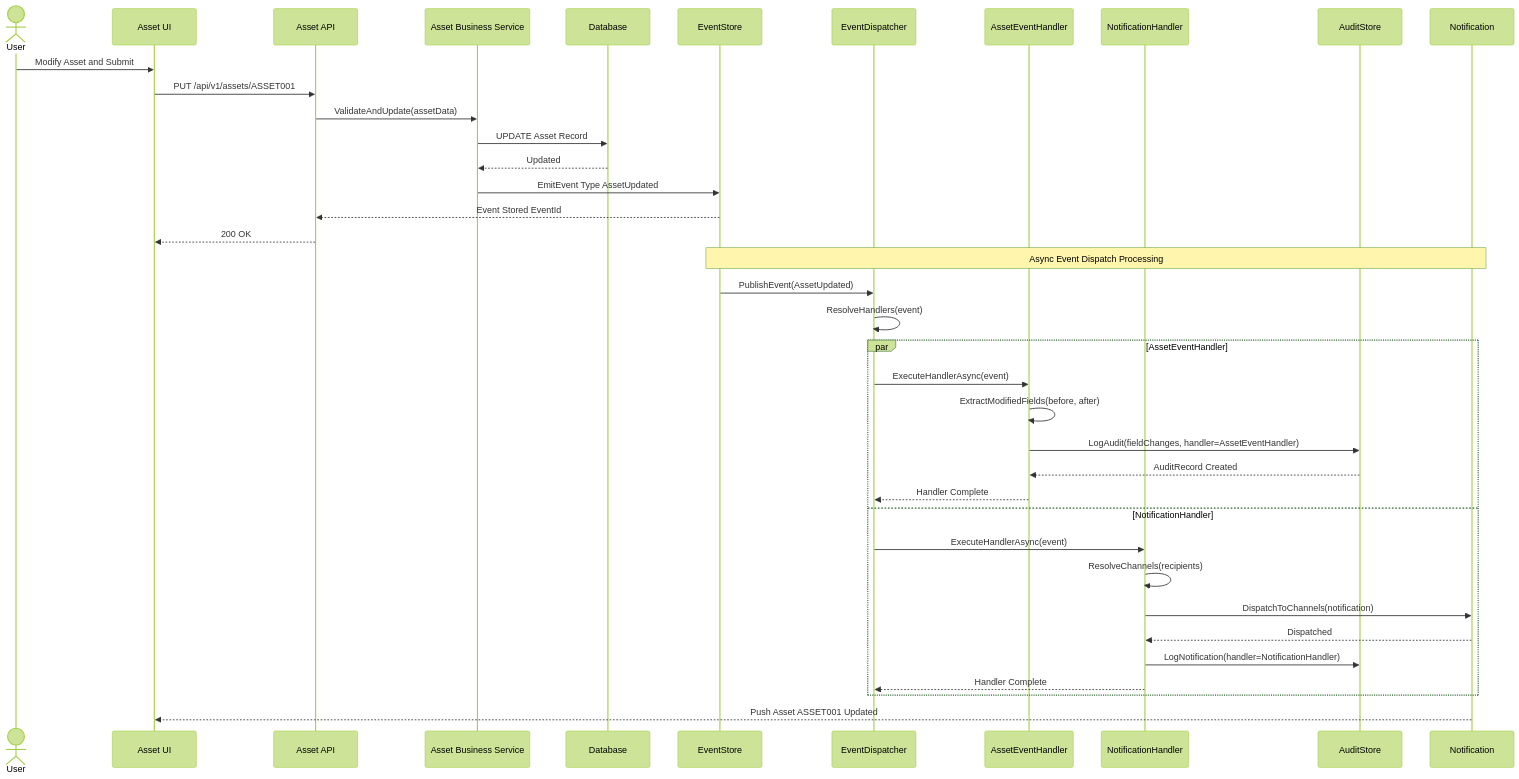
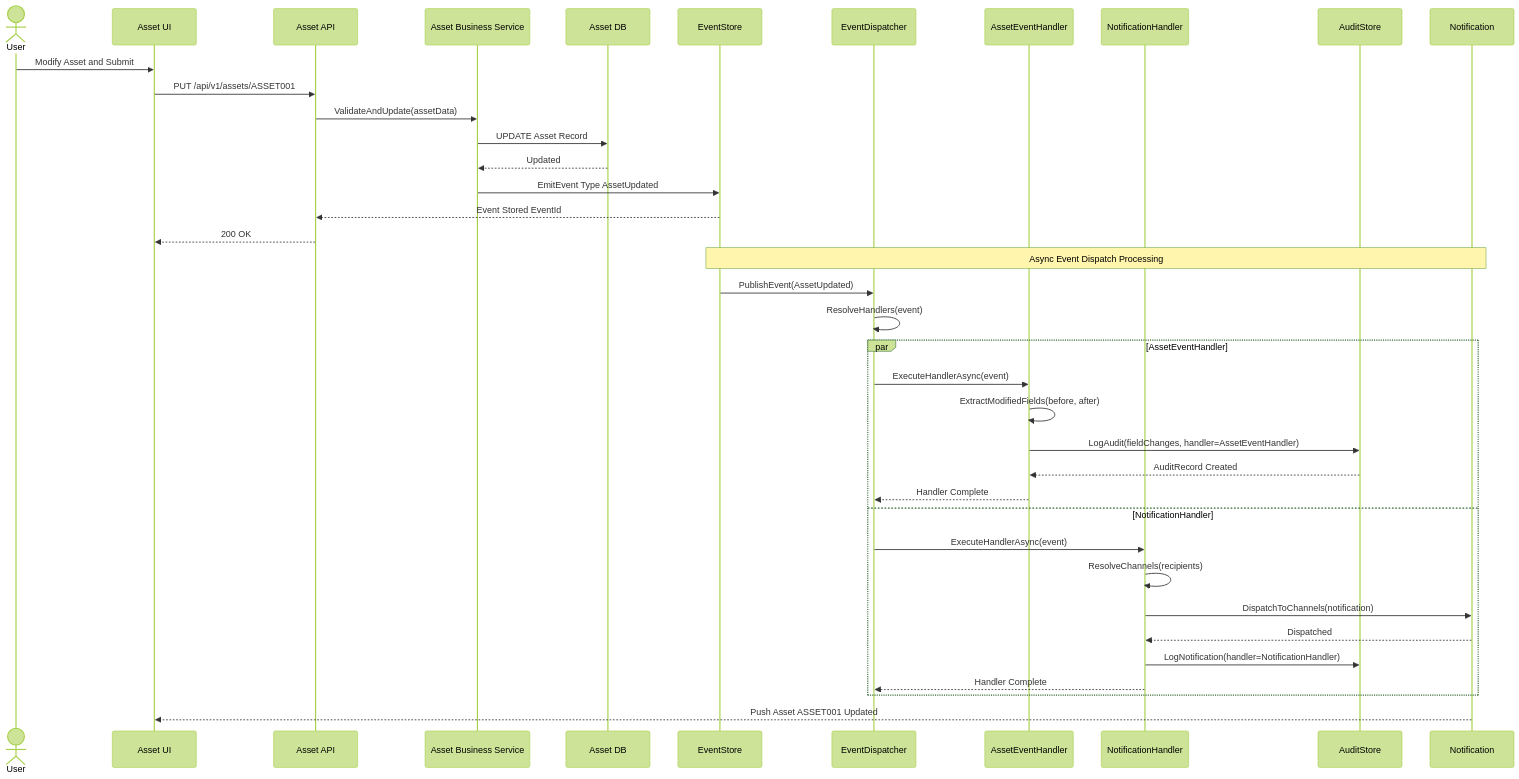
Before and after one commit to arup-ghosh-maersk/cia-lld: the second of 7 diagrams in asset-management/diagrams/02_Sequence_Diagrams.md, drawn with Mermaid (forest theme). The commit also changed other lines of this file, not shown here.

````diff
--- a/asset-management/diagrams/02_Sequence_Diagrams.md
+++ b/asset-management/diagrams/02_Sequence_Diagrams.md
@@ -49,44 +49,44 @@
 ```mermaid
 sequenceDiagram
     actor User
     participant UI as Asset UI
     participant API as Asset API
     participant AB as Asset Business Service
-    participant DB as Database
+    participant DB as Asset DB
     participant ES as EventStore
     participant ED as EventDispatcher
     participant AEH as AssetEventHandler
     participant NH as NotificationHandler
     participant Audit as AuditStore
     participant Push as Notification
 
     User->>UI: Modify Asset and Submit
     UI->>API: PUT /api/v1/assets/ASSET001
     API->>AB: ValidateAndUpdate(assetData)
     AB->>DB: UPDATE Asset Record
     DB-->>AB: Updated
 
     AB->>ES: EmitEvent Type AssetUpdated
     ES-->>API: Event Stored EventId
     API-->>UI: 200 OK
 
     Note over ES,Push: Async Event Dispatch Processing
     ES->>ED: PublishEvent(AssetUpdated)
     ED->>ED: ResolveHandlers(event)
     par AssetEventHandler
         ED->>AEH: ExecuteHandlerAsync(event)
         AEH->>AEH: ExtractModifiedFields(before, after)
         AEH->>Audit: LogAudit(fieldChanges, handler=AssetEventHandler)
         Audit-->>AEH: AuditRecord Created
         AEH-->>ED: Handler Complete
     and NotificationHandler
         ED->>NH: ExecuteHandlerAsync(event)
         NH->>NH: ResolveChannels(recipients)
         NH->>Push: DispatchToChannels(notification)
         Push-->>NH: Dispatched
         NH->>Audit: LogNotification(handler=NotificationHandler)
         NH-->>ED: Handler Complete
     end
 
     Push-->>UI: Push Asset ASSET001 Updated
 ```
````
